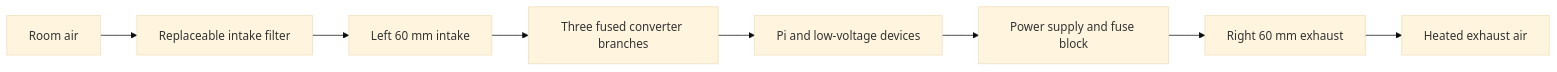
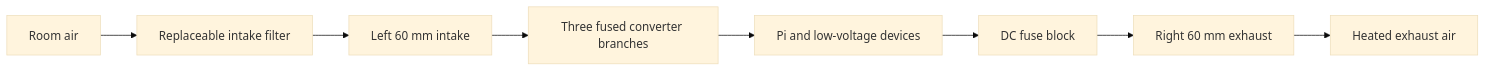
Before and after one commit to Andworx/Copilot-IoT-Game: the fifth of 8 diagrams in 3d Models/apache case/DESIGN_DOCUMENT.md, drawn with Mermaid (base theme). The commit also changed other lines of this file and 1241 other files, not shown here.

````diff
--- a/3d Models/apache case/DESIGN_DOCUMENT.md
+++ b/3d Models/apache case/DESIGN_DOCUMENT.md
@@ -355,10 +585,10 @@
 ```mermaid
 flowchart LR
     Ambient[Room air] --> Filter[Replaceable intake filter]
     Filter --> Intake[Left 60 mm intake]
     Intake --> Conv[Three fused converter branches]
     Conv --> Pi[Pi and low-voltage devices]
-    Pi --> PSU[Power supply and fuse block]
-    PSU --> Exhaust[Right 60 mm exhaust]
+    Pi --> Fuse[DC fuse block]
+    Fuse --> Exhaust[Right 60 mm exhaust]
     Exhaust --> Room[Heated exhaust air]
 ```
````
